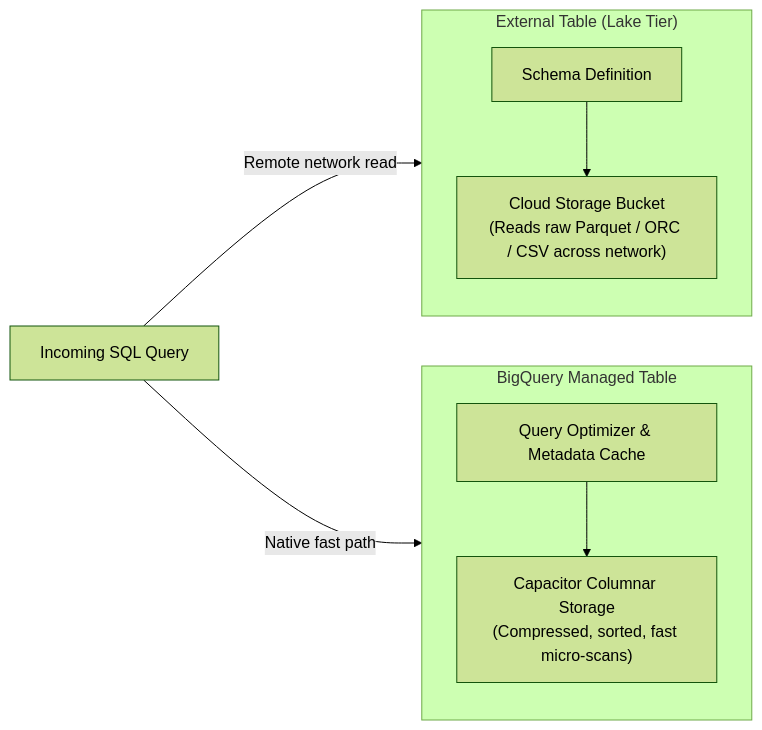
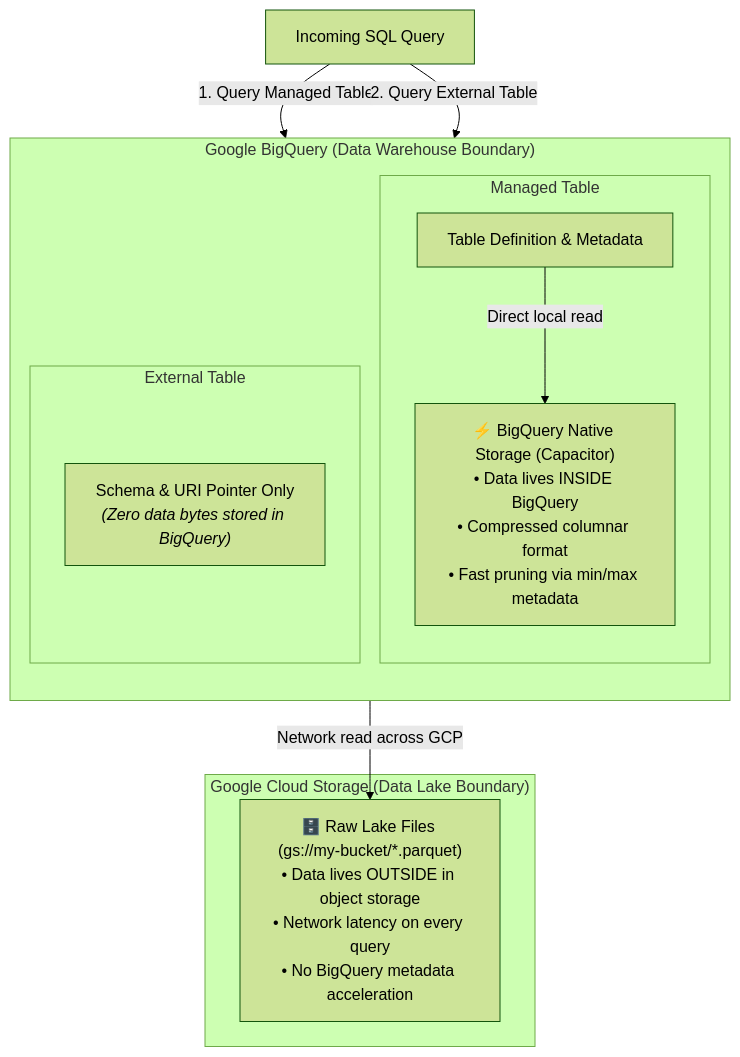
Before and after one commit to tharun15/gcloudcafe: the first of 6 diagrams in content/english/blog/gcp-data-engineering-storage-building-blocks.md, drawn with Mermaid (forest theme). The commit also changed other lines of this file, not shown here.

Commit message:
refactor: redesign managed vs external table architecture diagram with clear physical boundaries

````diff
--- a/content/english/blog/gcp-data-engineering-storage-building-blocks.md
+++ b/content/english/blog/gcp-data-engineering-storage-building-blocks.md
@@ -73,21 +73,26 @@
 ```mermaid
-flowchart LR
+flowchart TB
     Query["Incoming SQL Query"]
 
-    subgraph Managed["BigQuery Managed Table"]
+    subgraph BQ["Google BigQuery (Data Warehouse Boundary)"]
         direction TB
-        Opt["Query Optimizer & Metadata Cache"]
-        Cap["Capacitor Columnar Storage<br/>(Compressed, sorted, fast micro-scans)"]
-        Opt --> Cap
+
+        subgraph M["Managed Table"]
+            M_Def["Table Definition & Metadata"]
+            M_Data["⚡ BigQuery Native Storage (Capacitor)<br/>• Data lives INSIDE BigQuery<br/>• Compressed columnar format<br/>• Fast pruning via min/max metadata"]
+            M_Def -->|"Direct local read"| M_Data
+        end
+
+        subgraph E["External Table"]
+            E_Def["Schema & URI Pointer Only<br/><i>(Zero data bytes stored in BigQuery)</i>"]
+        end
     end
 
-    subgraph External["External Table (Lake Tier)"]
-        direction TB
-        Meta["Schema Definition"]
-        GCS["Cloud Storage Bucket<br/>(Reads raw Parquet / ORC / CSV across network)"]
-        Meta --> GCS
+    subgraph GCS["Google Cloud Storage (Data Lake Boundary)"]
+        GCS_Data["🗄️ Raw Lake Files (gs://my-bucket/*.parquet)<br/>• Data lives OUTSIDE in object storage<br/>• Network latency on every query<br/>• No BigQuery metadata acceleration"]
     end
 
-    Query -->|"Native fast path"| Opt
-    Query -->|"Remote network read"| Meta
+    Query -->|"1. Query Managed Table"| M_Def
+    Query -->|"2. Query External Table"| E_Def
+    E_Def -->|"Network read across GCP"| GCS_Data
 ```
````
